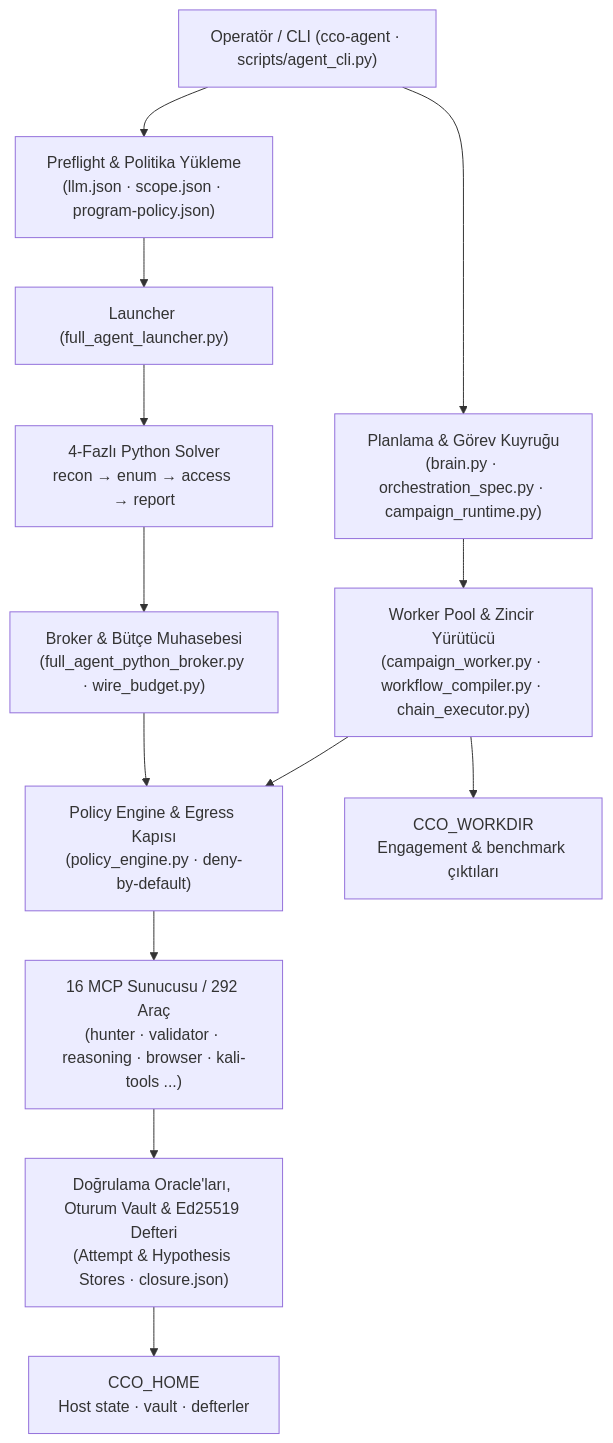
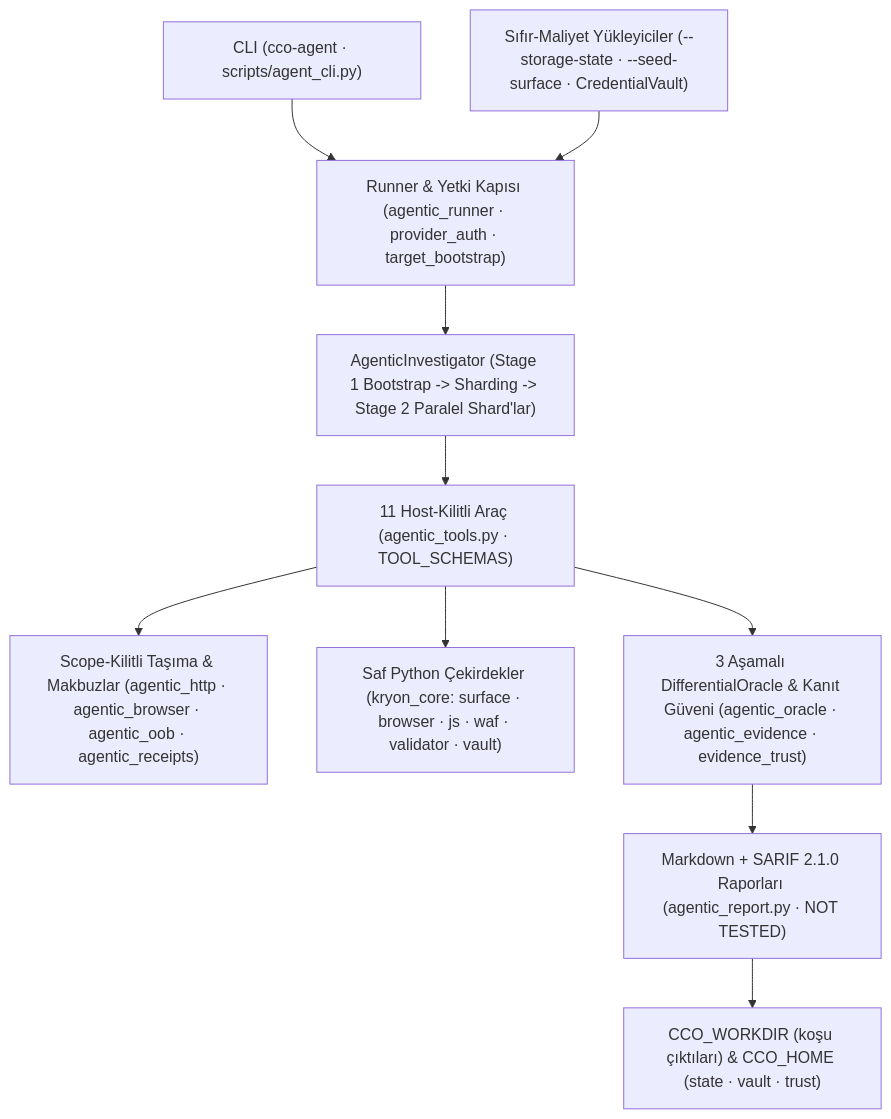
The diagram in README.tr.md (EmreMetin00007/kryon), drawn with Mermaid before and after one commit. The commit also changed other lines of this file and 598 other files, not shown here.

Commit message:
Phase C: consolidate kryon_core, retire legacy v1 stack, and align CLI/packaging/CI/docs

````diff
--- a/README.tr.md
+++ b/README.tr.md
@@ -42,19 +45,12 @@
 ```mermaid
 flowchart TD
-    U["Operatör / CLI (cco-agent · scripts/agent_cli.py)"] --> P["Preflight & Politika Yükleme<br/>(llm.json · scope.json · program-policy.json)"]
-    P --> L["Launcher (full_agent_launcher.py)"]
-    L --> S["4-Fazlı Python Solver<br/>recon → enum → access → report"]
-
-    S --> BR["Broker & Bütçe Muhasebesi<br/>(full_agent_python_broker.py · wire_budget.py)"]
-    U --> B["Planlama & Görev Kuyruğu<br/>(brain.py · orchestration_spec.py · campaign_runtime.py)"]
-    B --> W["Worker Pool & Zincir Yürütücü<br/>(campaign_worker.py · workflow_compiler.py · chain_executor.py)"]
-
-    BR --> PE["Policy Engine & Egress Kapısı<br/>(policy_engine.py · deny-by-default)"]
-    W --> PE
-
-    PE --> M["16 MCP Sunucusu / 292 Araç<br/>(hunter · validator · reasoning · browser · kali-tools ...)"]
-    M --> V["Doğrulama Oracle'ları, Oturum Vault & Ed25519 Defteri<br/>(Attempt & Hypothesis Stores · closure.json)"]
-
-    V --> H["CCO_HOME<br/>Host state · vault · defterler"]
-    W --> R["CCO_WORKDIR<br/>Engagement & benchmark çıktıları"]
+    CLI["CLI (cco-agent · scripts/agent_cli.py)"] --> RUN["Runner & Yetki Kapısı (agentic_runner · provider_auth · target_bootstrap)"]
+    LOAD["Sıfır-Maliyet Yükleyiciler (--storage-state · --seed-surface · CredentialVault)"] --> RUN
+    RUN --> INV["AgenticInvestigator (Stage 1 Bootstrap -> Sharding -> Stage 2 Paralel Shard'lar)"]
+    INV --> TOOLS["11 Host-Kilitli Araç (agentic_tools.py · TOOL_SCHEMAS)"]
+    TOOLS --> IO["Scope-Kilitli Taşıma & Makbuzlar (agentic_http · agentic_browser · agentic_oob · agentic_receipts)"]
+    TOOLS --> CORE["Saf Python Çekirdekler (kryon_core: surface · browser · js · waf · validator · vault)"]
+    TOOLS --> ORA["3 Aşamalı DifferentialOracle & Kanıt Güveni (agentic_oracle · agentic_evidence · evidence_trust)"]
+    ORA --> REP["Markdown + SARIF 2.1.0 Raporları (agentic_report.py · NOT TESTED)"]
+    REP --> OUT["CCO_WORKDIR (koşu çıktıları) & CCO_HOME (state · vault · trust)"]
 ```
````
